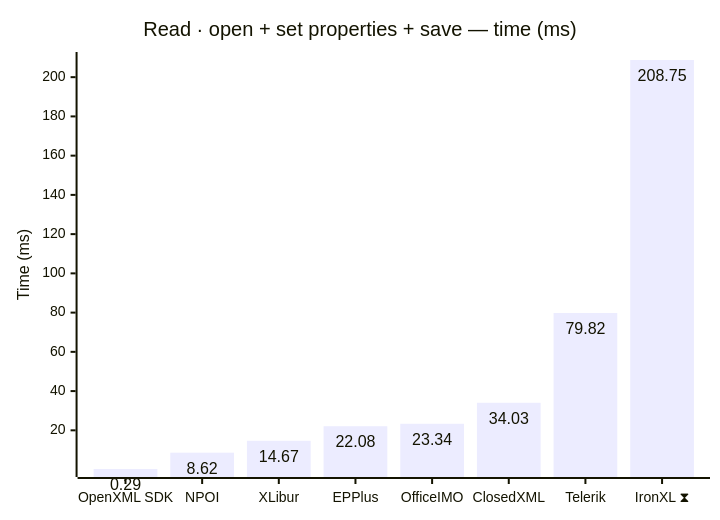
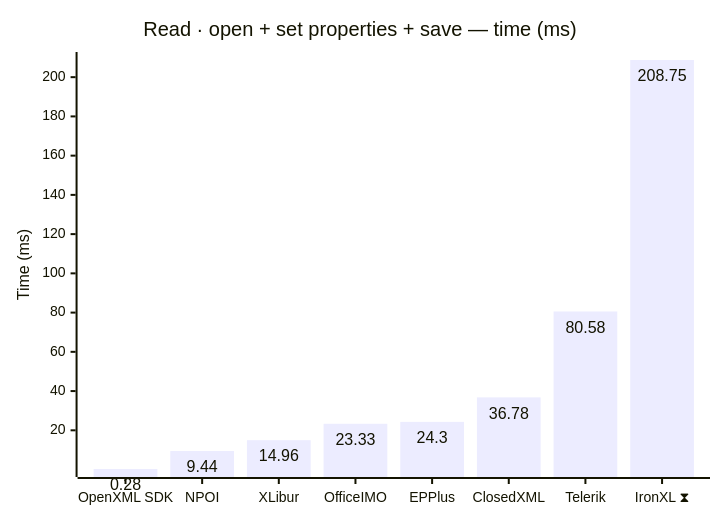
One commit to jafin/XLBench changed the first of 12 diagrams in docs/results.md. Above: the diagram before and after it, drawn with Mermaid. The commit also changed other lines of this file and 4 other files, not shown here.

````diff
--- a/docs/results.md
+++ b/docs/results.md
@@ -42,12 +42,12 @@
 ```mermaid
 ---
 config:
   xyChart:
     showDataLabel: true
 ---
 xychart-beta
     title "Read · open + set properties + save — time (ms)"
-    x-axis ["OpenXML SDK", "NPOI", "XLibur", "EPPlus", "OfficeIMO", "ClosedXML", "Telerik", "IronXL ⧗"]
+    x-axis ["OpenXML SDK", "NPOI", "XLibur", "OfficeIMO", "EPPlus", "ClosedXML", "Telerik", "IronXL ⧗"]
     y-axis "Time (ms)"
-    bar [0.29, 8.62, 14.67, 22.08, 23.34, 34.03, 79.82, 208.75]
+    bar [0.28, 9.44, 14.96, 23.33, 24.3, 36.78, 80.58, 208.75]
 ```
````
